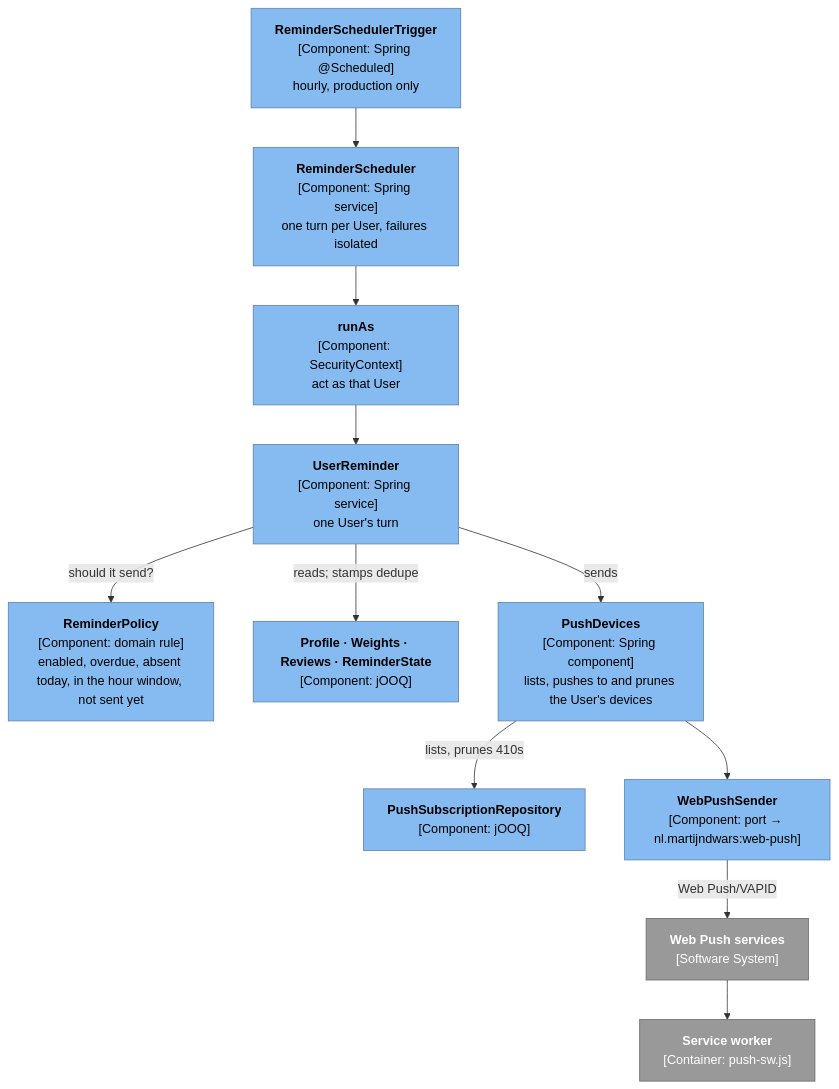
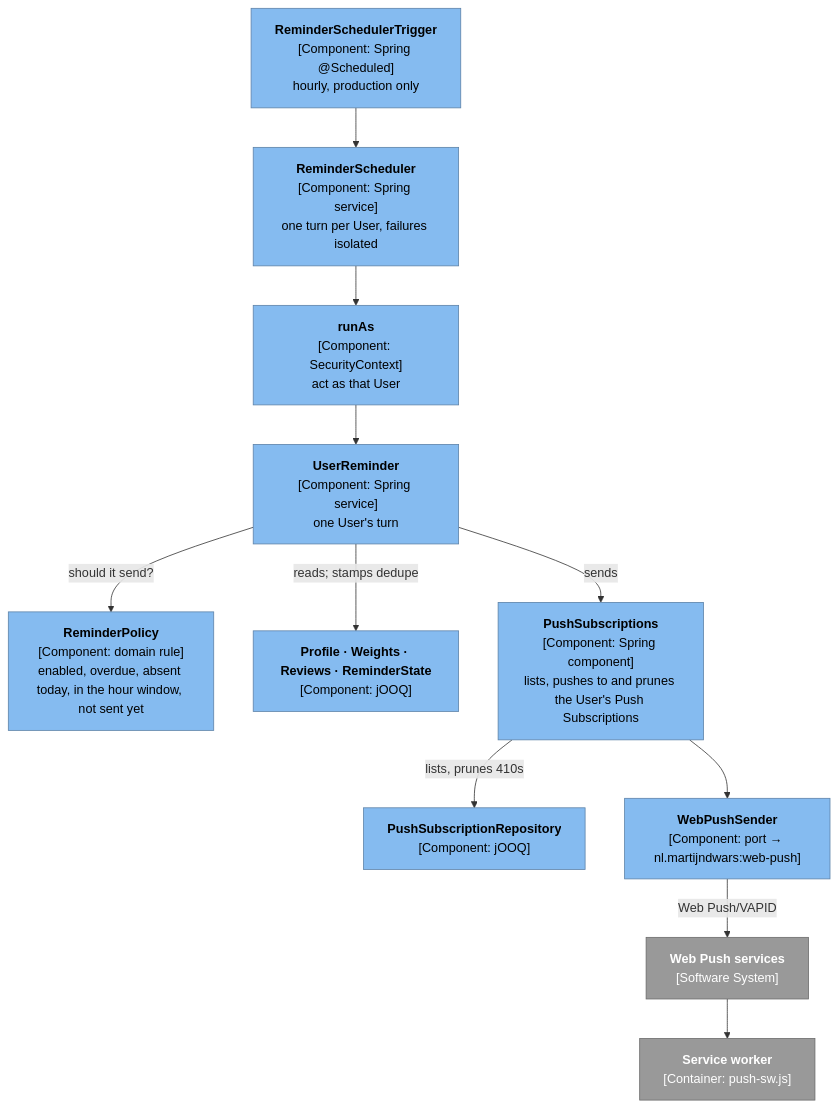
One commit to skrymer/tucker changed the seventh of 10 diagrams in docs/architecture.md. Above: the diagram before and after it, drawn with Mermaid. The commit also changed 7 other files, not shown here.

````diff
--- a/docs/architecture.md
+++ b/docs/architecture.md
@@ -300,28 +300,28 @@
 ```mermaid
 flowchart TD
   trigger["<b>ReminderSchedulerTrigger</b><br/>[Component: Spring @Scheduled]<br/>hourly, production only"]:::component
   scheduler["<b>ReminderScheduler</b><br/>[Component: Spring service]<br/>one turn per User, failures isolated"]:::component
   runas["<b>runAs</b><br/>[Component: SecurityContext]<br/>act as that User"]:::component
   turn["<b>UserReminder</b><br/>[Component: Spring service]<br/>one User's turn"]:::component
   policy["<b>ReminderPolicy</b><br/>[Component: domain rule]<br/>enabled, overdue, absent today, in the hour window, not sent yet"]:::component
   repos["<b>Profile · Weights · Reviews · ReminderState</b><br/>[Component: jOOQ]"]:::component
-  devices["<b>PushDevices</b><br/>[Component: Spring component]<br/>lists, pushes to and prunes the User's devices"]:::component
+  devices["<b>PushSubscriptions</b><br/>[Component: Spring component]<br/>lists, pushes to and prunes the User's Push Subscriptions"]:::component
   subs["<b>PushSubscriptionRepository</b><br/>[Component: jOOQ]"]:::component
   sender["<b>WebPushSender</b><br/>[Component: port → nl.martijndwars:web-push]"]:::component
   push["<b>Web Push services</b><br/>[Software System]"]:::ext
   sw["<b>Service worker</b><br/>[Container: push-sw.js]"]:::ext
 
   trigger --> scheduler
   scheduler --> runas
   runas --> turn
   turn -- "reads; stamps dedupe" --> repos
   turn -- "should it send?" --> policy
   turn -- "sends" --> devices
   devices -- "lists, prunes 410s" --> subs
   devices --> sender
   sender -- "Web Push/VAPID" --> push
   push --> sw
 
   classDef component fill:#85bbf0,color:#000,stroke:#5d82a8
   classDef ext fill:#999,color:#fff,stroke:#6b6b6b
 ```
````
